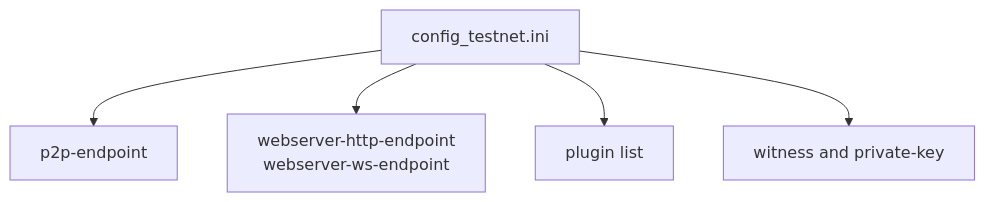
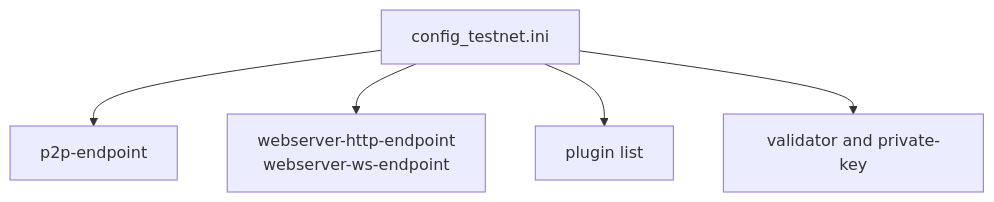
One commit to VIZ-Blockchain/viz-cpp-node changed the fifth of 9 diagrams in .qoder/repowiki/en/content/Development Tools/Build System/Docker Integration/Testnet Dockerfile.md. Above: the diagram before and after it, drawn with Mermaid. The commit also changed other lines of this file and 88 other files, not shown here.

First line of the commit message:
docs(validator): rename witness to validator throughout documentation

````diff
--- a/.qoder/repowiki/en/content/Development Tools/Build System/Docker Integration/Testnet Dockerfile.md
+++ b/.qoder/repowiki/en/content/Development Tools/Build System/Docker Integration/Testnet Dockerfile.md
@@ -187,7 +187,7 @@
 ```mermaid
 flowchart TD
 CFG["config_testnet.ini"] --> P2P["p2p-endpoint"]
 CFG --> RPC["webserver-http-endpoint<br/>webserver-ws-endpoint"]
 CFG --> PLUGINS["plugin list"]
-CFG --> WITNESS["witness and private-key"]
+CFG --> validator["validator and private-key"]
 ```
````
